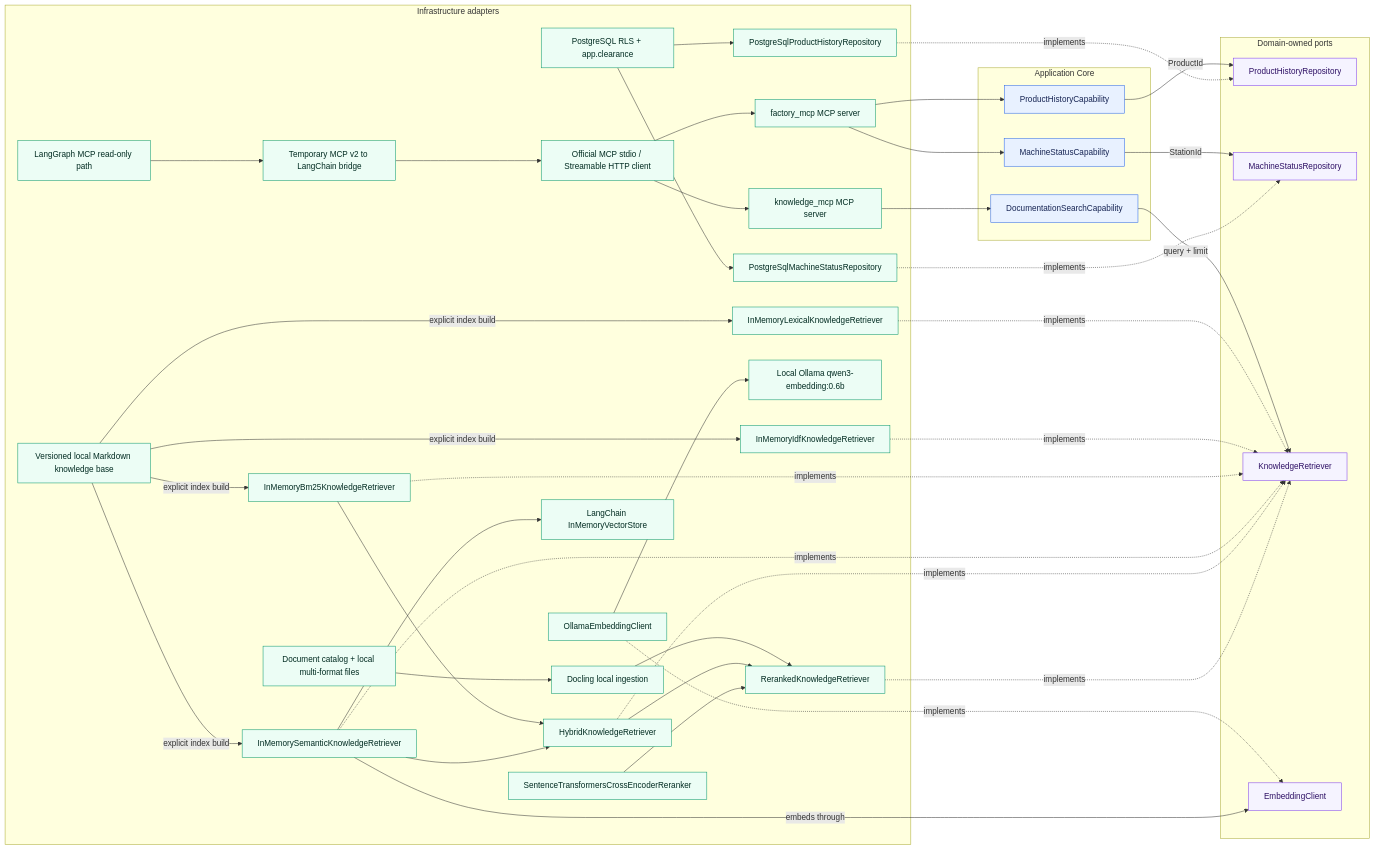
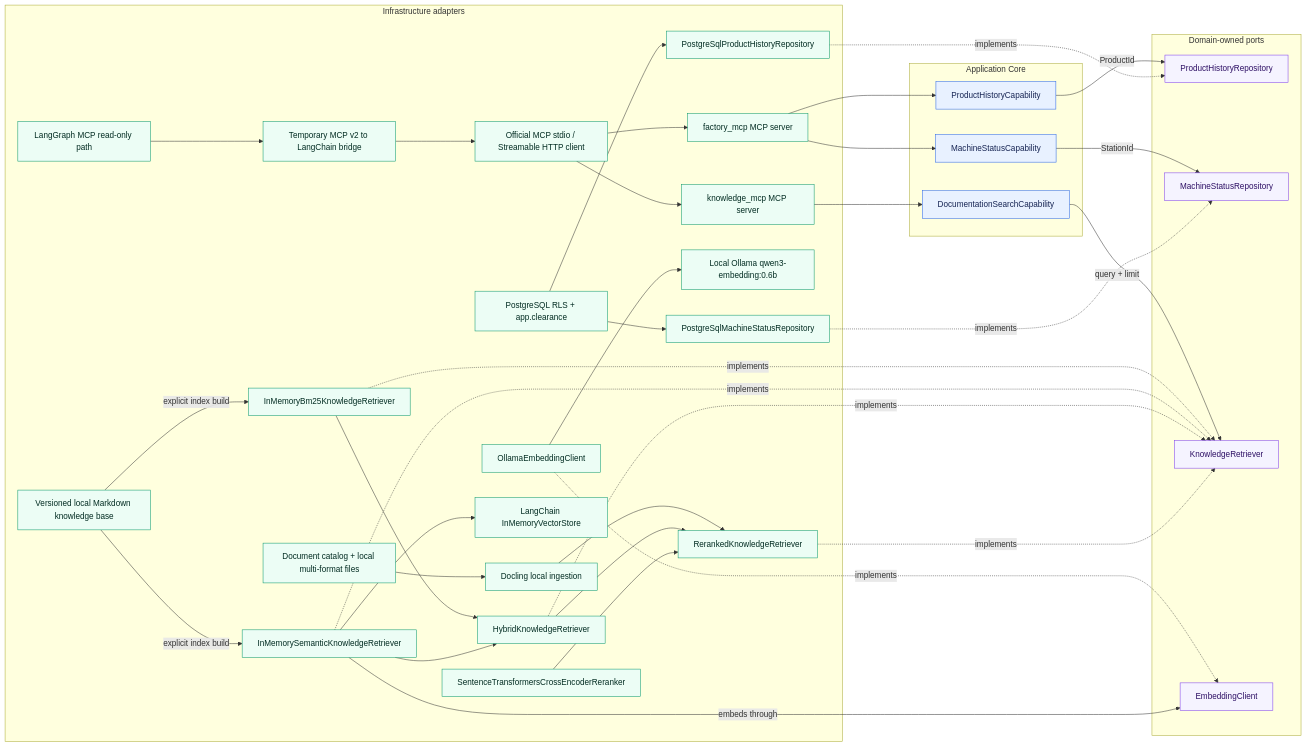
The third of 13 diagrams in docs/architecture/overview.md (aboerzel/industrial-ai-agent), drawn with Mermaid before and after one commit. The commit also changed other lines of this file and 28 other files, not shown here.

````diff
--- a/docs/architecture/overview.md
+++ b/docs/architecture/overview.md
@@ -112,81 +112,75 @@
 ```mermaid
 flowchart LR
     subgraph Core["Application Core"]
         PHC["ProductHistoryCapability"]
         MSC["MachineStatusCapability"]
         DSC["DocumentationSearchCapability"]
     end
 
     subgraph Ports["Domain-owned ports"]
         PHR["ProductHistoryRepository"]
         MSR["MachineStatusRepository"]
         KR["KnowledgeRetriever"]
         EP["EmbeddingClient"]
     end
 
     subgraph Infrastructure["Infrastructure adapters"]
         PHM["PostgreSqlProductHistoryRepository"]
         MSM["PostgreSqlMachineStatusRepository"]
         RLS["PostgreSQL RLS + app.clearance"]
         DOCS["Document catalog + local multi-format files"]
         DOCLING["Docling local ingestion"]
-        LKR["InMemoryLexicalKnowledgeRetriever"]
-        IDF["InMemoryIdfKnowledgeRetriever"]
         BM25["InMemoryBm25KnowledgeRetriever"]
         SEM["InMemorySemanticKnowledgeRetriever"]
         HYB["HybridKnowledgeRetriever"]
         RER["RerankedKnowledgeRetriever"]
         CEP["SentenceTransformersCrossEncoderReranker"]
         OEC["OllamaEmbeddingClient"]
         VEC["LangChain InMemoryVectorStore"]
         KB["Versioned local Markdown knowledge base"]
         OLLAMA["Local Ollama qwen3-embedding:0.6b"]
         FMCP["factory_mcp MCP server"]
         KMCP["knowledge_mcp MCP server"]
         MCPCLIENT["Official MCP stdio / Streamable HTTP client"]
         MCPBRIDGE["Temporary MCP v2 to LangChain bridge"]
         LG["LangGraph MCP read-only path"]
     end
 
     PHC -->|"ProductId"| PHR
     MSC -->|"StationId"| MSR
     DSC -->|"query + limit"| KR
     PHM -.->|"implements"| PHR
     MSM -.->|"implements"| MSR
     RLS --> PHM
     RLS --> MSM
     DOCS --> DOCLING
     DOCLING --> RER
-    LKR -.->|"implements"| KR
-    IDF -.->|"implements"| KR
     BM25 -.->|"implements"| KR
     SEM -.->|"implements"| KR
     HYB -.->|"implements"| KR
     RER -.->|"implements"| KR
     OEC -.->|"implements"| EP
-    KB -->|"explicit index build"| LKR
-    KB -->|"explicit index build"| IDF
     KB -->|"explicit index build"| BM25
     KB -->|"explicit index build"| SEM
     BM25 --> HYB
     SEM --> HYB
     HYB --> RER
     CEP --> RER
     SEM -->|"embeds through"| EP
     SEM --> VEC
     OEC --> OLLAMA
     FMCP --> PHC
     FMCP --> MSC
     KMCP --> DSC
     MCPCLIENT --> FMCP
     MCPCLIENT --> KMCP
     LG --> MCPBRIDGE
     MCPBRIDGE --> MCPCLIENT
 
     classDef core fill:#e8f1ff,stroke:#2563eb,color:#172554
     classDef port fill:#f5f3ff,stroke:#7c3aed,color:#2e1065
     classDef adapter fill:#ecfdf5,stroke:#059669,color:#022c22
     class PHC,MSC,DSC core
     class PHR,MSR,KR,EP port
-    class PHM,MSM,RLS,DOCS,DOCLING,LKR,IDF,BM25,SEM,HYB,RER,CEP,OEC,VEC,KB,OLLAMA,FMCP,KMCP,MCPCLIENT,MCPBRIDGE,LG adapter
+    class PHM,MSM,RLS,DOCS,DOCLING,BM25,SEM,HYB,RER,CEP,OEC,VEC,KB,OLLAMA,FMCP,KMCP,MCPCLIENT,MCPBRIDGE,LG adapter
 ```
````
